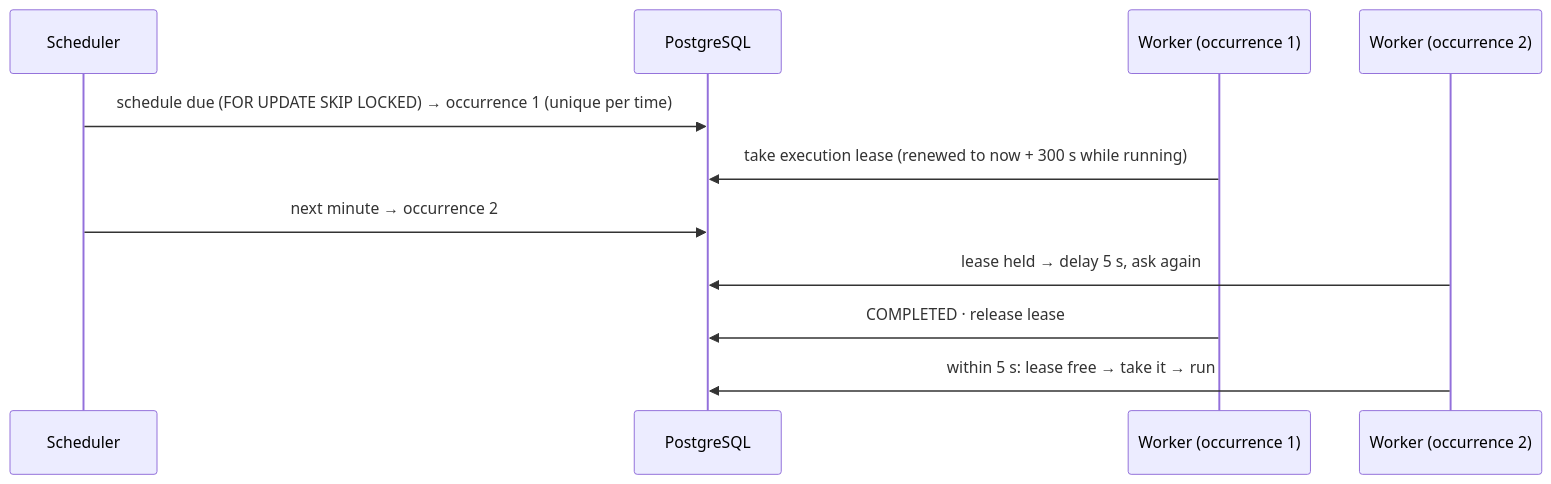
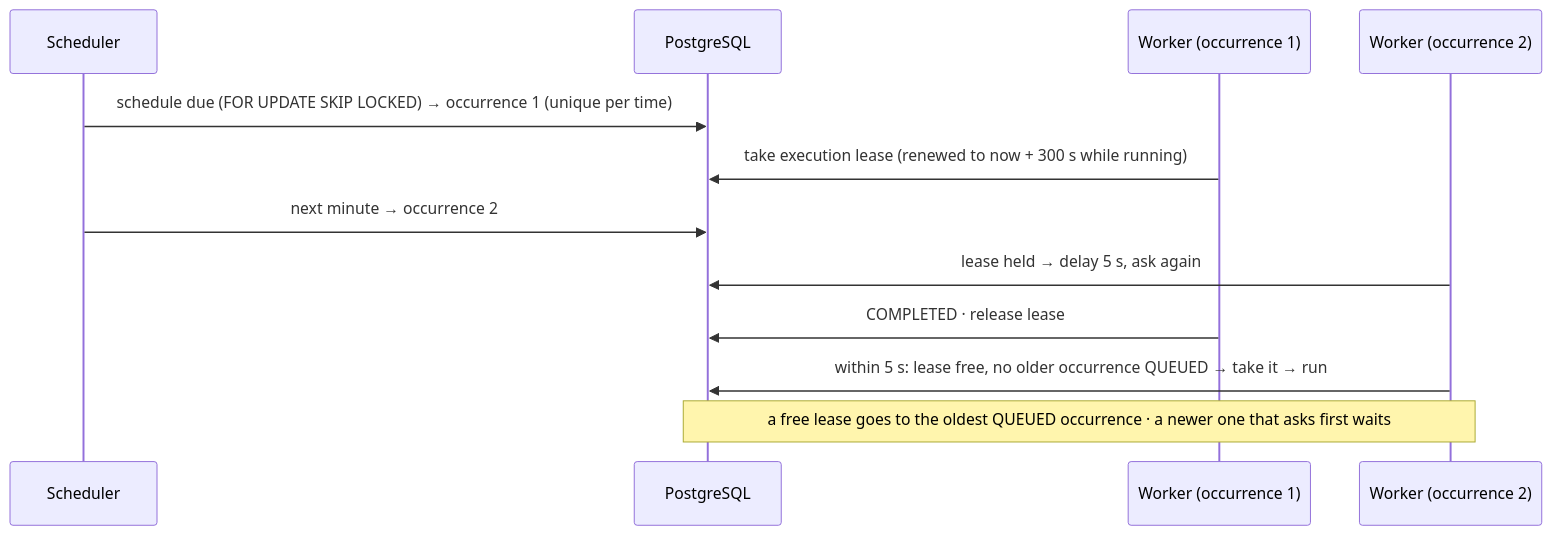
Before and after one commit to BoulosChaaya/distributed-engine: the seventh of 7 diagrams in docs/diagrams/02-sequences.md, drawn with Mermaid. The commit also changed 8 other files, not shown here.

````diff
--- a/docs/diagrams/02-sequences.md
+++ b/docs/diagrams/02-sequences.md
@@ -158,14 +158,15 @@
 ```mermaid
 sequenceDiagram
   participant S as Scheduler
   participant P as PostgreSQL
   participant W1 as Worker (occurrence 1)
   participant W2 as Worker (occurrence 2)
 
   S->>P: schedule due (FOR UPDATE SKIP LOCKED) → occurrence 1 (unique per time)
   W1->>P: take execution lease (renewed to now + 300 s while running)
   S->>P: next minute → occurrence 2
   W2->>P: lease held → delay 5 s, ask again
   W1->>P: COMPLETED · release lease
-  W2->>P: within 5 s: lease free → take it → run
+  W2->>P: within 5 s: lease free, no older occurrence QUEUED → take it → run
+  Note over W2,P: a free lease goes to the oldest QUEUED occurrence · a newer one that asks first waits
 ```
````
